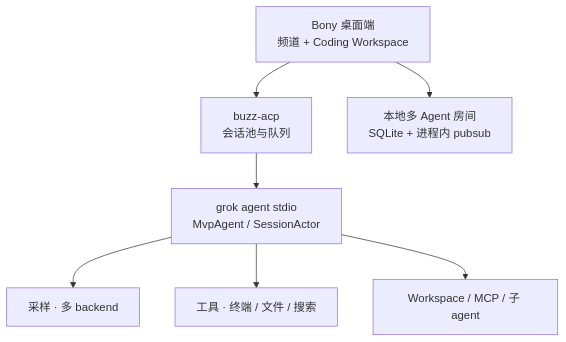
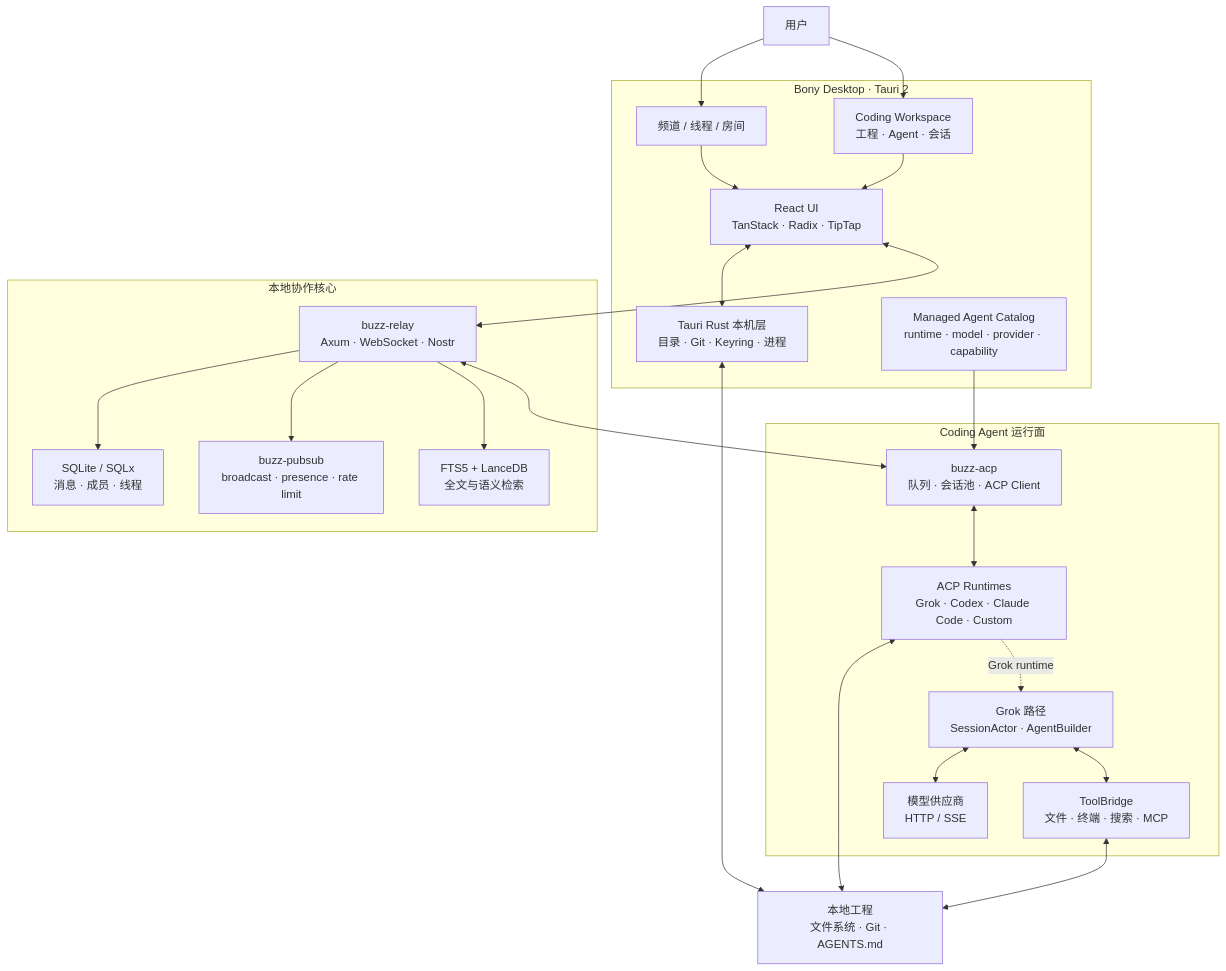
Before and after one commit to phuhao00/bony: the first of 2 diagrams in README.md, drawn with Mermaid. The commit also changed other lines of this file and 1 other file, not shown here.

Commit message:
Document Bony architecture and runtime

````diff
--- a/README.md
+++ b/README.md
@@ -177,16 +211,47 @@
 ```mermaid
 flowchart TB
-  UI["Bony 桌面端<br/>频道 + Coding Workspace"]
-  ACP["buzz-acp<br/>会话池与队列"]
-  Agent["grok agent stdio<br/>MvpAgent / SessionActor"]
-  Sample["采样 · 多 backend"]
-  Tools["工具 · 终端 / 文件 / 搜索"]
-  WS["Workspace / MCP / 子 agent"]
-  Room["本地多 Agent 房间<br/>SQLite + 进程内 pubsub"]
+  User["用户"]
+  Project["本地工程<br/>文件系统 · Git · AGENTS.md"]
 
-  UI --> ACP --> Agent
-  Agent --> Sample
-  Agent --> Tools
-  Agent --> WS
-  UI --> Room
+  subgraph Desktop["Bony Desktop · Tauri 2"]
+    Channel["频道 / 线程 / 房间"]
+    WorkspaceUI["Coding Workspace<br/>工程 · Agent · 会话"]
+    Renderer["React UI<br/>TanStack · Radix · TipTap"]
+    Native["Tauri Rust 本机层<br/>目录 · Git · Keyring · 进程"]
+    Catalog["Managed Agent Catalog<br/>runtime · model · provider · capability"]
+  end
+
+  subgraph RoomCore["本地协作核心"]
+    Relay["buzz-relay<br/>Axum · WebSocket · Nostr"]
+    Store["SQLite / SQLx<br/>消息 · 成员 · 线程"]
+    PubSub["buzz-pubsub<br/>broadcast · presence · rate limit"]
+    Search["FTS5 + LanceDB<br/>全文与语义检索"]
+  end
+
+  subgraph AgentPlane["Coding Agent 运行面"]
+    Harness["buzz-acp<br/>队列 · 会话池 · ACP Client"]
+    Runtimes["ACP Runtimes<br/>Grok · Codex · Claude Code · Custom"]
+    GrokCore["Grok 路径<br/>SessionActor · AgentBuilder"]
+    Model["模型供应商<br/>HTTP / SSE"]
+    Tools["ToolBridge<br/>文件 · 终端 · 搜索 · MCP"]
+  end
+
+  User --> Channel
+  User --> WorkspaceUI
+  Channel --> Renderer
+  WorkspaceUI --> Renderer
+  Renderer <--> Native
+  Native <--> Project
+  Catalog --> Harness
+  Renderer <--> Relay
+  Relay --> Store
+  Relay --> PubSub
+  Relay --> Search
+  Relay <--> Harness
+  Harness <--> Runtimes
+  Runtimes <--> Project
+  Runtimes -. "Grok runtime" .-> GrokCore
+  GrokCore <--> Model
+  GrokCore <--> Tools
+  Tools <--> Project
 ```
````
